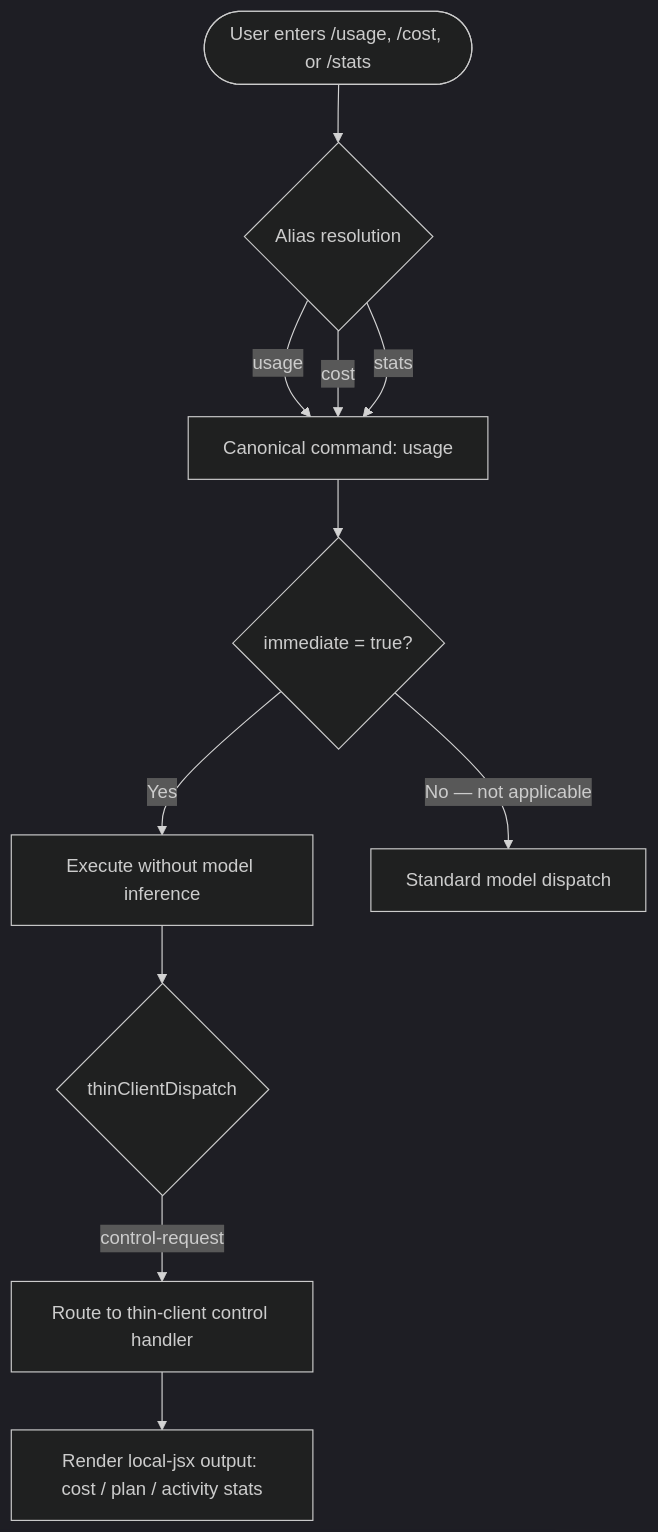
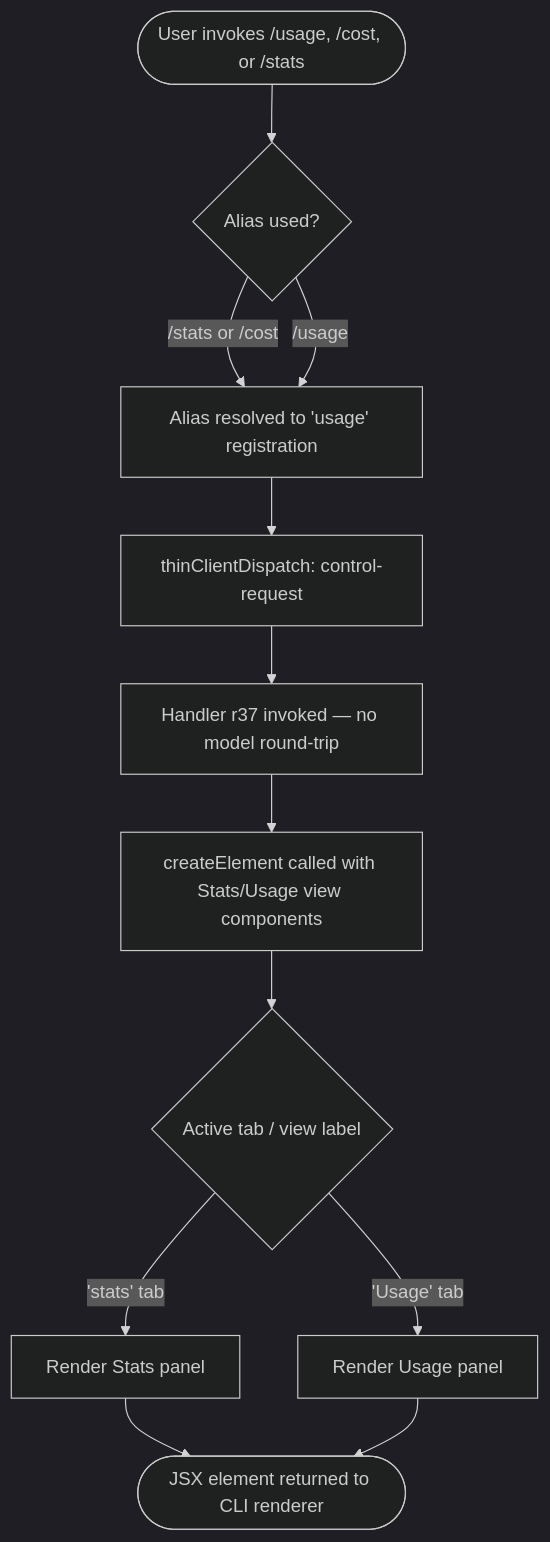
One commit to MyLittleLuckyDog/cc-gnothi changed the diagram in versions/v2.1.139/usage.md. Above: the diagram before and after it, drawn with Mermaid (dark theme). The commit also changed other lines of this file and 97 other files, not shown here.

````diff
--- a/versions/v2.1.139/usage.md
+++ b/versions/v2.1.139/usage.md
@@ -48,13 +57,13 @@
 ```mermaid
 flowchart TD
-    A([User enters /usage, /cost, or /stats]) --> B{Alias resolution}
-    B -->|usage| C[Canonical command: usage]
-    B -->|cost| C
-    B -->|stats| C
-    C --> D{immediate = true?}
-    D -->|Yes| E[Execute without model inference]
-    D -->|No — not applicable| F[Standard model dispatch]
-    E --> G{thinClientDispatch}
-    G -->|control-request| H[Route to thin-client control handler]
-    H --> I[Render local-jsx output: cost / plan / activity stats]
+    A([User invokes /usage, /cost, or /stats]) --> B{Alias used?}
+    B -- "/stats or /cost" --> C[Alias resolved to 'usage' registration]
+    B -- "/usage" --> C
+    C --> D[thinClientDispatch: control-request]
+    D --> E[Handler r37 invoked — no model round-trip]
+    E --> F[createElement called with Stats/Usage view components]
+    F --> G{Active tab / view label}
+    G -- "'stats' tab" --> H[Render Stats panel]
+    G -- "'Usage' tab" --> I[Render Usage panel]
+    H & I --> J([JSX element returned to CLI renderer])
 ```
````
